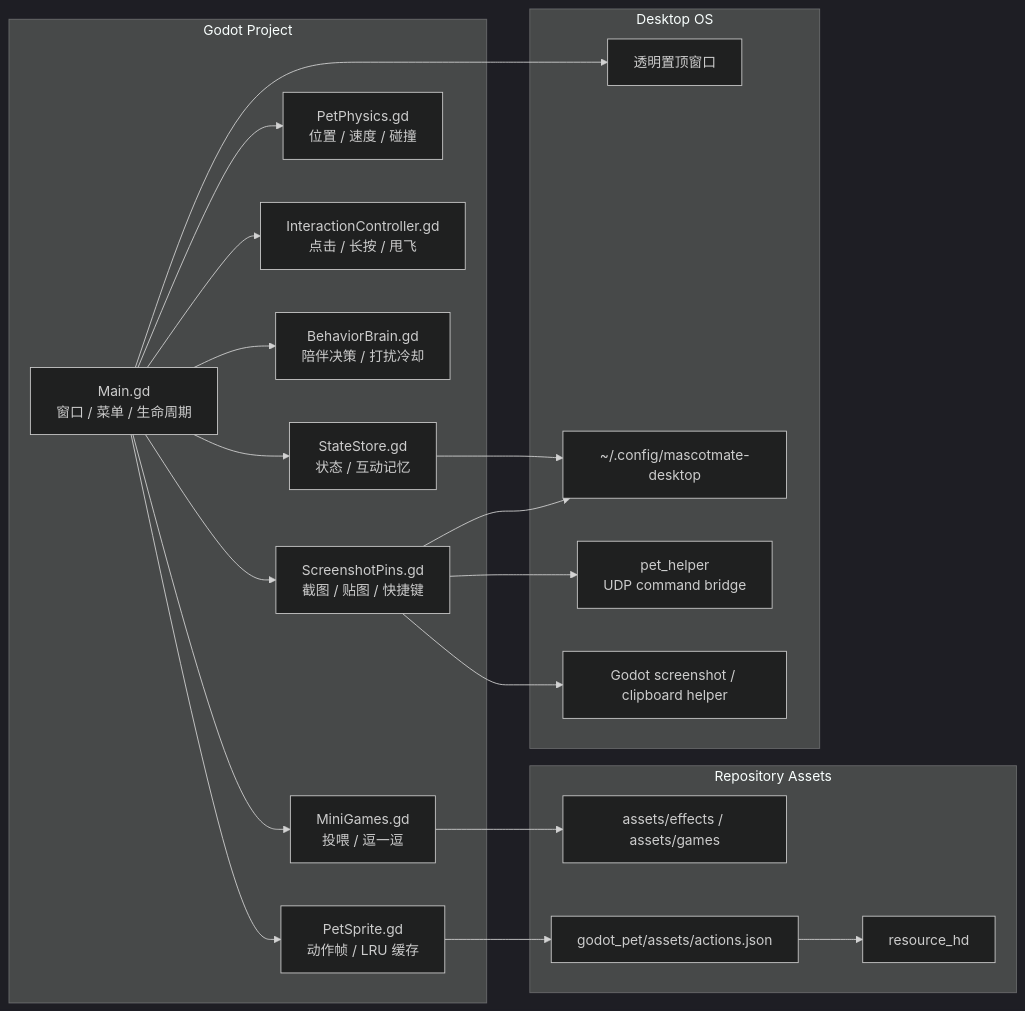
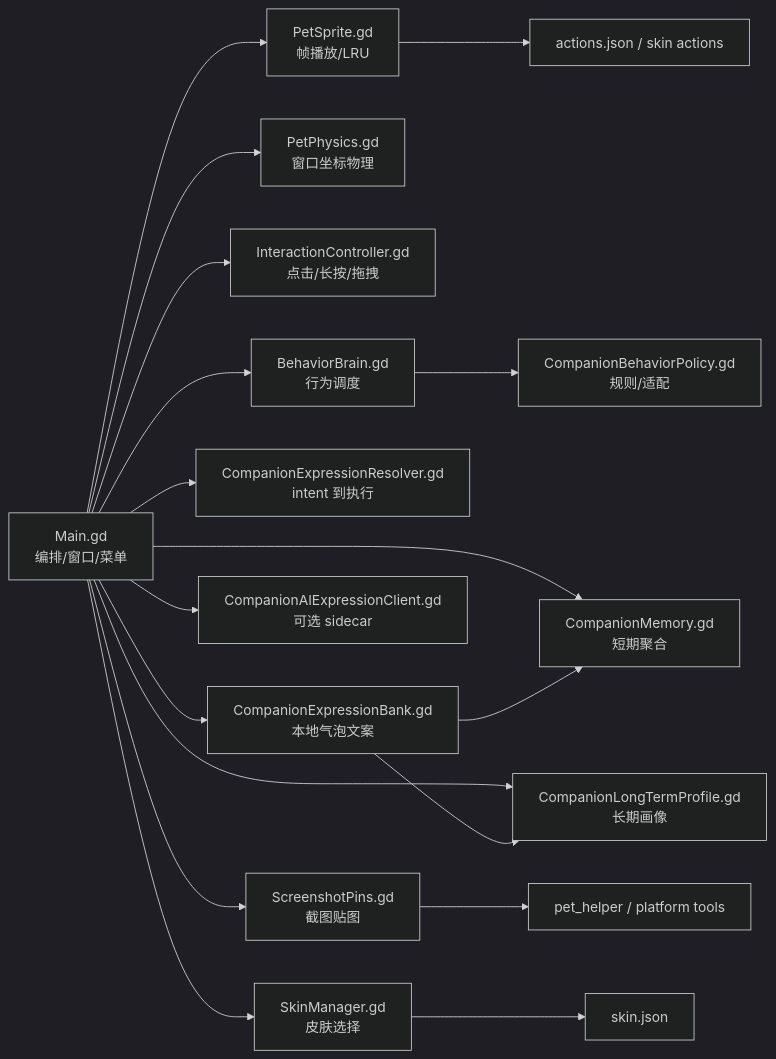
One commit to MzKyle/MascotMate changed the diagram in docs/README.md. Above: the diagram before and after it, drawn with Mermaid (dark theme). The commit also changed other lines of this file and 17 other files, not shown here.

````diff
--- a/docs/README.md
+++ b/docs/README.md
@@ -41,42 +44,21 @@
 ```mermaid
 flowchart LR
-  subgraph Godot["Godot Project"]
-    Main["Main.gd<br/>窗口 / 菜单 / 生命周期"]
-    Sprite["PetSprite.gd<br/>动作帧 / LRU 缓存"]
-    Physics["PetPhysics.gd<br/>位置 / 速度 / 碰撞"]
-    Input["InteractionController.gd<br/>点击 / 长按 / 甩飞"]
-    Brain["BehaviorBrain.gd<br/>陪伴决策 / 打扰冷却"]
-    Games["MiniGames.gd<br/>投喂 / 逗一逗"]
-    State["StateStore.gd<br/>状态 / 互动记忆"]
-    Pins["ScreenshotPins.gd<br/>截图 / 贴图 / 快捷键"]
-  end
+  Main["Main.gd<br/>编排/窗口/菜单"] --> Sprite["PetSprite.gd<br/>帧播放/LRU"]
+  Main --> Physics["PetPhysics.gd<br/>窗口坐标物理"]
+  Main --> Interaction["InteractionController.gd<br/>点击/长按/拖拽"]
+  Main --> Brain["BehaviorBrain.gd<br/>行为调度"]
+  Brain --> Policy["CompanionBehaviorPolicy.gd<br/>规则/适配"]
+  Main --> ExprResolver["CompanionExpressionResolver.gd<br/>intent 到执行"]
+  Main --> ExprBank["CompanionExpressionBank.gd<br/>本地气泡文案"]
+  Main --> AI["CompanionAIExpressionClient.gd<br/>可选 sidecar"]
+  Main --> Memory["CompanionMemory.gd<br/>短期聚合"]
+  Main --> Profile["CompanionLongTermProfile.gd<br/>长期画像"]
+  Main --> Pins["ScreenshotPins.gd<br/>截图贴图"]
+  Main --> Skins["SkinManager.gd<br/>皮肤选择"]
 
-  subgraph Assets["Repository Assets"]
-    Frames["resource_hd"]
-    Effects["assets/effects / assets/games"]
-    Manifest["godot_pet/assets/actions.json"]
-  end
-
-  subgraph OS["Desktop OS"]
-    Window["透明置顶窗口"]
-    Config["~/.config/mascotmate-desktop"]
-    X11["pet_helper<br/>UDP command bridge"]
-    Tools["Godot screenshot / clipboard helper"]
-  end
-
-  Main --> Sprite
-  Main --> Physics
-  Main --> Input
-  Main --> Brain
-  Main --> Games
-  Main --> State
-  Main --> Pins
-  Sprite --> Manifest
-  Manifest --> Frames
-  Games --> Effects
-  Main --> Window
-  State --> Config
-  Pins --> Config
-  Pins --> X11
-  Pins --> Tools
+  ExprBank --> Memory
+  ExprBank --> Profile
+  Skins --> SkinJson["skin.json"]
+  Sprite --> Actions["actions.json / skin actions"]
+  Pins --> Helper["pet_helper / platform tools"]
 ```
````
